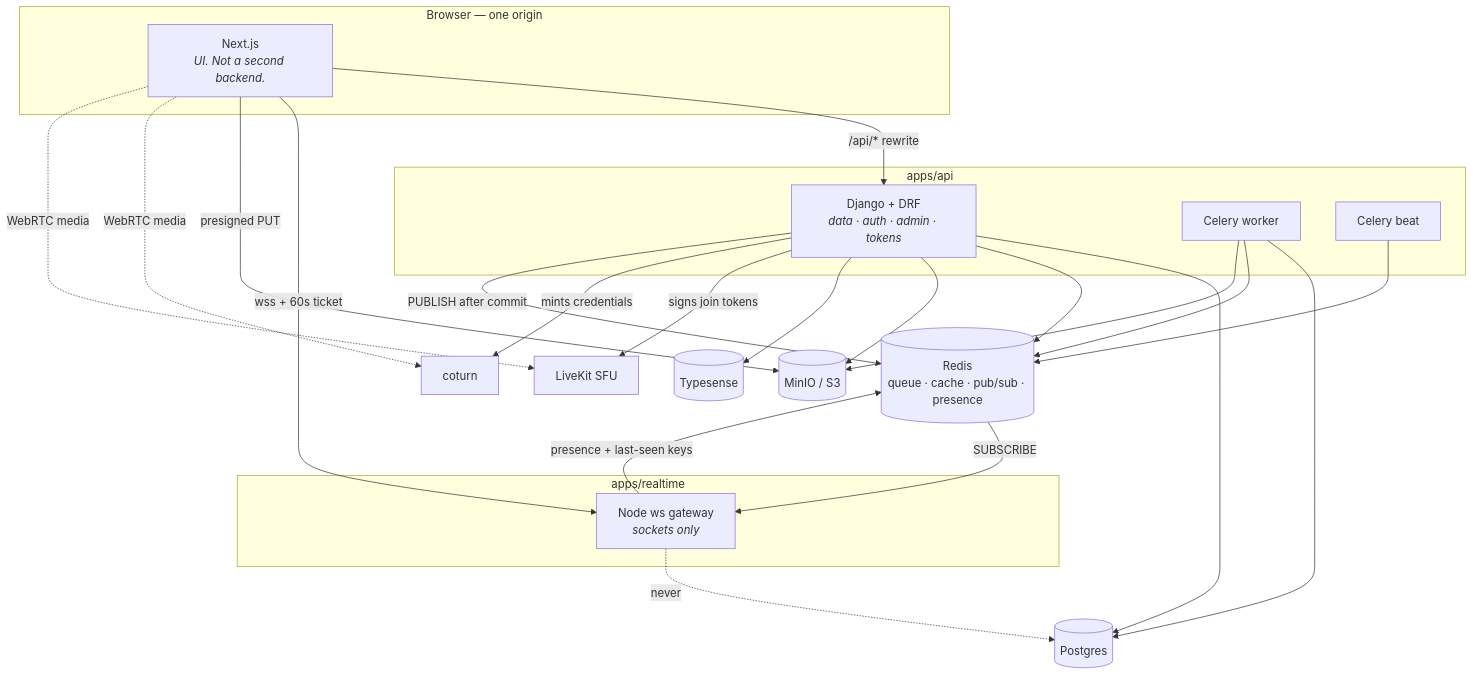
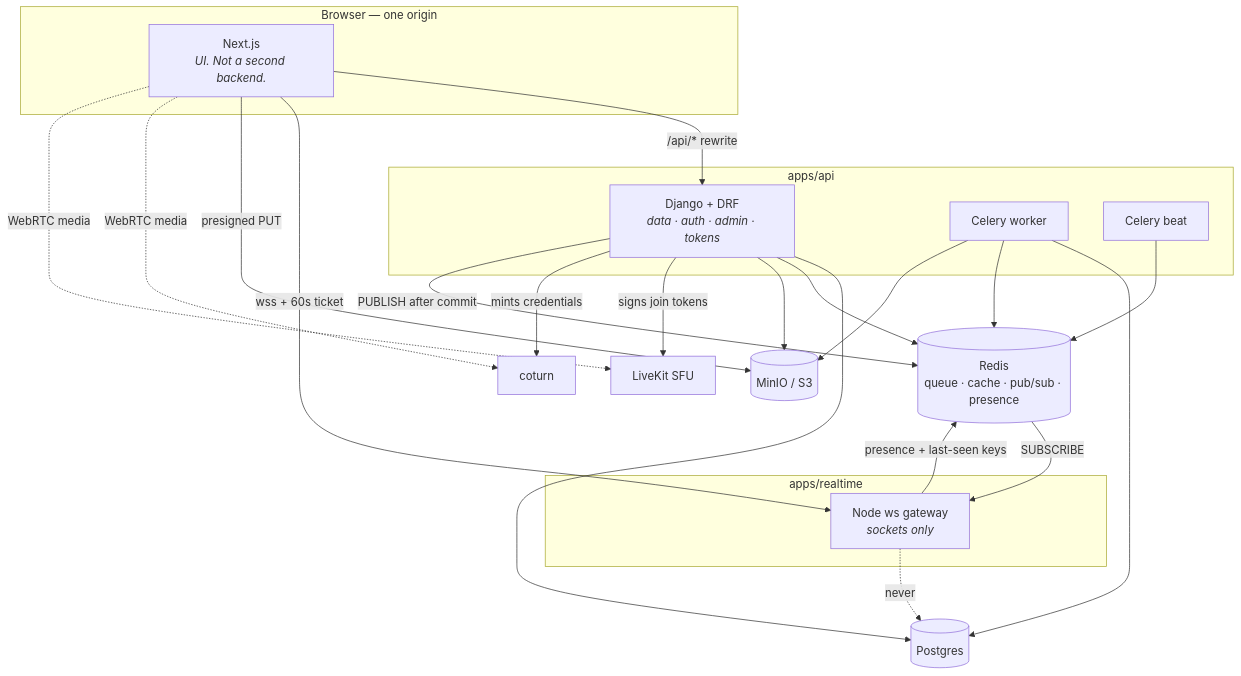
The diagram in README.md (abdelrahman18036/Aperture), drawn with Mermaid before and after one commit. The commit also changed other lines of this file and 85 other files, not shown here.

````diff
--- a/README.md
+++ b/README.md
@@ -19,45 +19,43 @@
 ```mermaid
 flowchart TB
     subgraph browser["Browser — one origin"]
         WEB["Next.js<br/><i>UI. Not a second backend.</i>"]
     end
 
     subgraph node["apps/realtime"]
         GW["Node ws gateway<br/><i>sockets only</i>"]
     end
 
     subgraph django["apps/api"]
         API["Django + DRF<br/><i>data · auth · admin · tokens</i>"]
         WORKER["Celery worker"]
         BEAT["Celery beat"]
     end
 
     PG[("Postgres")]
     REDIS[("Redis<br/>queue · cache · pub/sub · presence")]
     S3[("MinIO / S3")]
-    TS[("Typesense")]
     LK["LiveKit SFU"]
     TURN["coturn"]
 
     WEB -->|"/api/* rewrite"| API
     WEB -->|"wss + 60s ticket"| GW
     WEB -->|"presigned PUT"| S3
     WEB -.->|"WebRTC media"| TURN
     WEB -.->|"WebRTC media"| LK
 
     API --> PG
     API --> REDIS
     API --> S3
-    API --> TS
     API -->|"signs join tokens"| LK
     API -->|"mints credentials"| TURN
     WORKER --> PG
     WORKER --> REDIS
     WORKER --> S3
     BEAT --> REDIS
 
     API -->|"PUBLISH after commit"| REDIS
     REDIS -->|"SUBSCRIBE"| GW
     GW -->|"presence + last-seen keys"| REDIS
     GW -.->|"never"| PG
 ```
````
